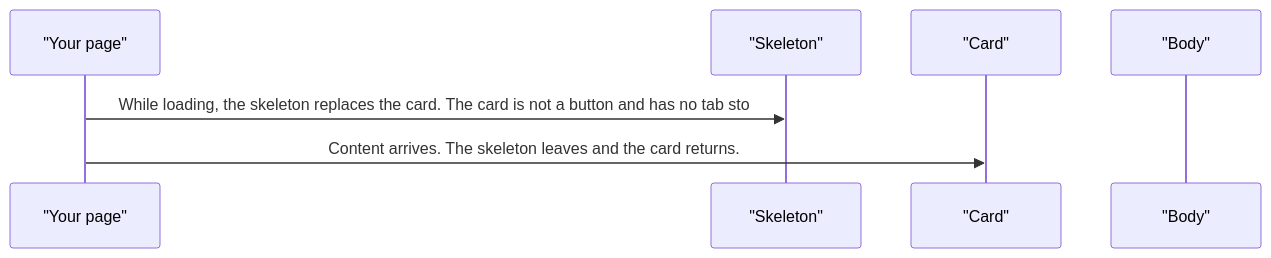
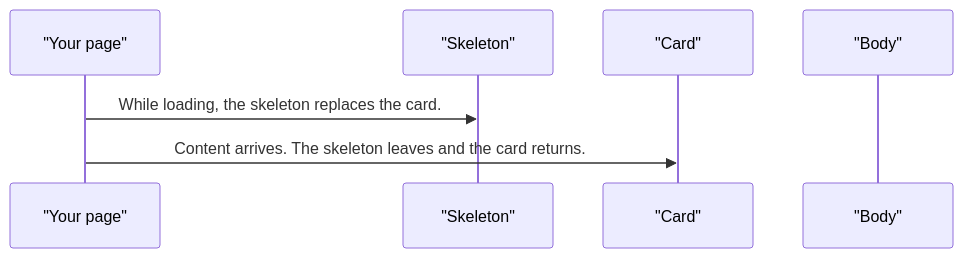
Before and after one commit to RajshekharBorate/pixel-ui: the fifth of 5 diagrams in projects/pixel-ui/src/lib/pixel-card/DESIGN.md, drawn with Mermaid. The commit also changed other lines of this file and 80 other files, not shown here.

Commit message:
Fill missing design flows and correct the stories that did not match component behavior.

````diff
--- a/projects/pixel-ui/src/lib/pixel-card/DESIGN.md
+++ b/projects/pixel-ui/src/lib/pixel-card/DESIGN.md
@@ -94,9 +94,9 @@
 ```mermaid
 sequenceDiagram
   participant page as "Your page"
   participant skeleton as "Skeleton"
   participant card as "Card"
   participant body as "Body"
-  page->>skeleton: While loading, the skeleton replaces the card. The card is not a button and has no tab sto
+  page->>skeleton: While loading, the skeleton replaces the card.
   page->>card: Content arrives. The skeleton leaves and the card returns.
 ```
````
